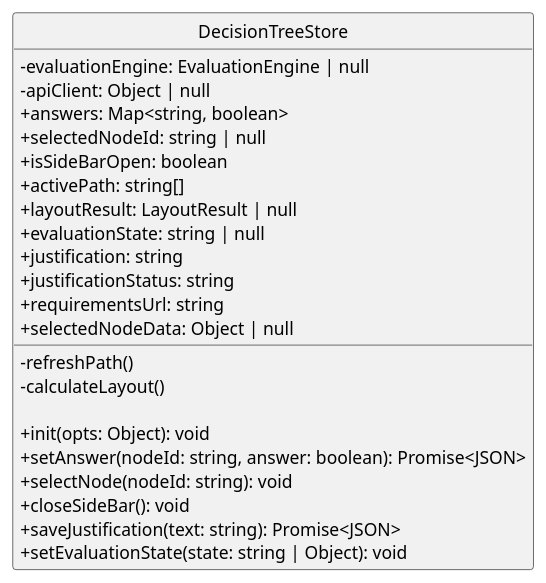
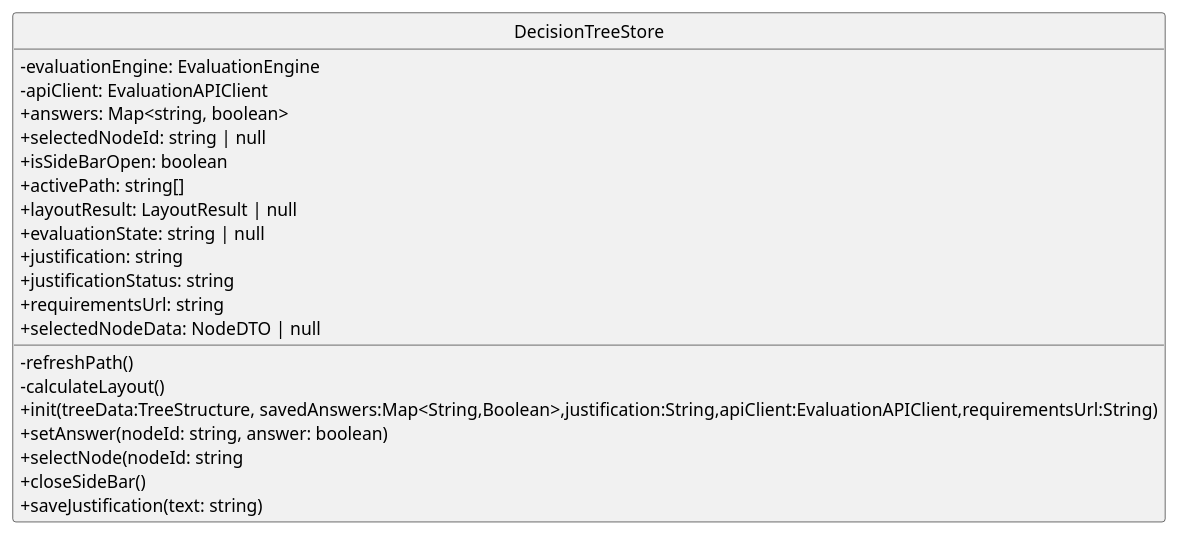
Before and after one commit to GroupRubberDuck/Documentazione: the diagram in src/PB/DocumentazioneEsterna/Specifica_Tecnica/content/05-diagrammi-classi/uml/puml/Frontend/decision-tree/store/DecisionTreeStore.puml, drawn with PlantUML. The commit also changed 70 other files, not shown here.

```diff
--- a/src/PB/DocumentazioneEsterna/Specifica_Tecnica/content/05-diagrammi-classi/uml/puml/Frontend/decision-tree/store/DecisionTreeStore.puml
+++ b/src/PB/DocumentazioneEsterna/Specifica_Tecnica/content/05-diagrammi-classi/uml/puml/Frontend/decision-tree/store/DecisionTreeStore.puml
@@ -1,36 +1,34 @@
 @startuml
 skinparam linetype ortho
 skinparam nodesep 80
 skinparam ranksep 100
 skinparam classAttributeIconSize 0
 skinparam packageStyle rectangle
 skinparam style strictuml
 
 class DecisionTreeStore{
 
-        - evaluationEngine: EvaluationEngine | null
-        - apiClient: Object | null
+        - evaluationEngine: EvaluationEngine 
+        - apiClient: EvaluationAPIClient 
 + answers: Map<string, boolean>
     + selectedNodeId: string | null
     + isSideBarOpen: boolean
     + activePath: string[]
     + layoutResult: LayoutResult | null
     + evaluationState: string | null
     + justification: string
     + justificationStatus: string
     + requirementsUrl: string
-    + selectedNodeData: Object | null
+    + selectedNodeData: NodeDTO | null
 
     - refreshPath()
     - calculateLayout()
-
-    + init(opts: Object): void
-    + setAnswer(nodeId: string, answer: boolean): Promise<JSON>
-    + selectNode(nodeId: string): void
-    + closeSideBar(): void
-    + saveJustification(text: string): Promise<JSON>
-    + setEvaluationState(state: string | Object): void
+    + init(treeData:TreeStructure, savedAnswers:Map<String,Boolean>,justification:String,apiClient:EvaluationAPIClient,requirementsUrl:String)
+    + setAnswer(nodeId: string, answer: boolean)
+    + selectNode(nodeId: string
+    + closeSideBar()
+    + saveJustification(text: string)
 
 }
 
 @enduml
```
